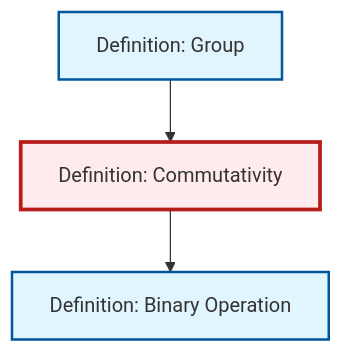
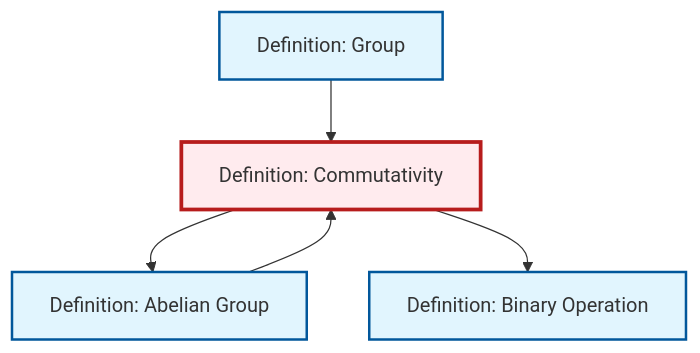
The diagram in content/en/algebra/def-commutativity.qmd (RK0429/ModernMath), drawn with Mermaid before and after one commit. The commit also changed 474 other files, not shown here.

````diff
--- a/content/en/algebra/def-commutativity.qmd
+++ b/content/en/algebra/def-commutativity.qmd
@@ -93,17 +93,21 @@
 ```{mermaid}
 %%| fig-cap: "Local dependency graph"
 graph TD
     classDef definition fill:#e1f5fe,stroke:#01579b,stroke-width:2px
     classDef theorem fill:#f3e5f5,stroke:#4a148c,stroke-width:2px
     classDef axiom fill:#fff3e0,stroke:#e65100,stroke-width:2px
     classDef example fill:#e8f5e9,stroke:#1b5e20,stroke-width:2px
     classDef current fill:#ffebee,stroke:#b71c1c,stroke-width:3px
+    def-group["Definition: Group"]:::definition
+    def-abelian-group["Definition: Abelian Group"]:::definition
+    def-binary-operation["Definition: Binary Operation"]:::definition
     def-commutativity["Definition: Commutativity"]:::definition
-    def-binary-operation["Definition: Binary Operation"]:::definition
-    def-group["Definition: Group"]:::definition
+    def-commutativity --> def-abelian-group
     def-group --> def-commutativity
     def-commutativity --> def-binary-operation
+    def-abelian-group --> def-commutativity
     class def-commutativity current
+    click def-group "def-group.html" "Go to Group definition"
+    click def-abelian-group "def-abelian-group.html" "Go to Abelian Group definition"
     click def-binary-operation "def-binary-operation.html" "Go to Binary Operation definition"
-    click def-group "def-group.html" "Go to Group definition"
 ```
````
